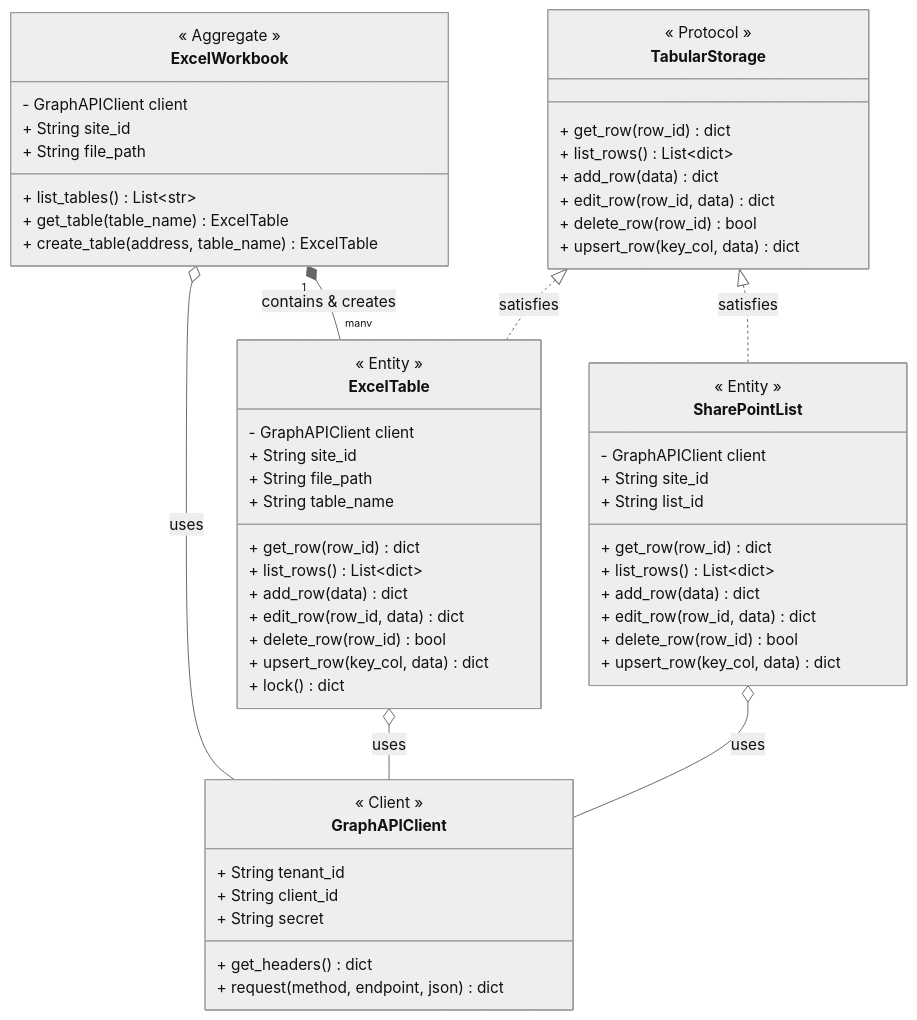
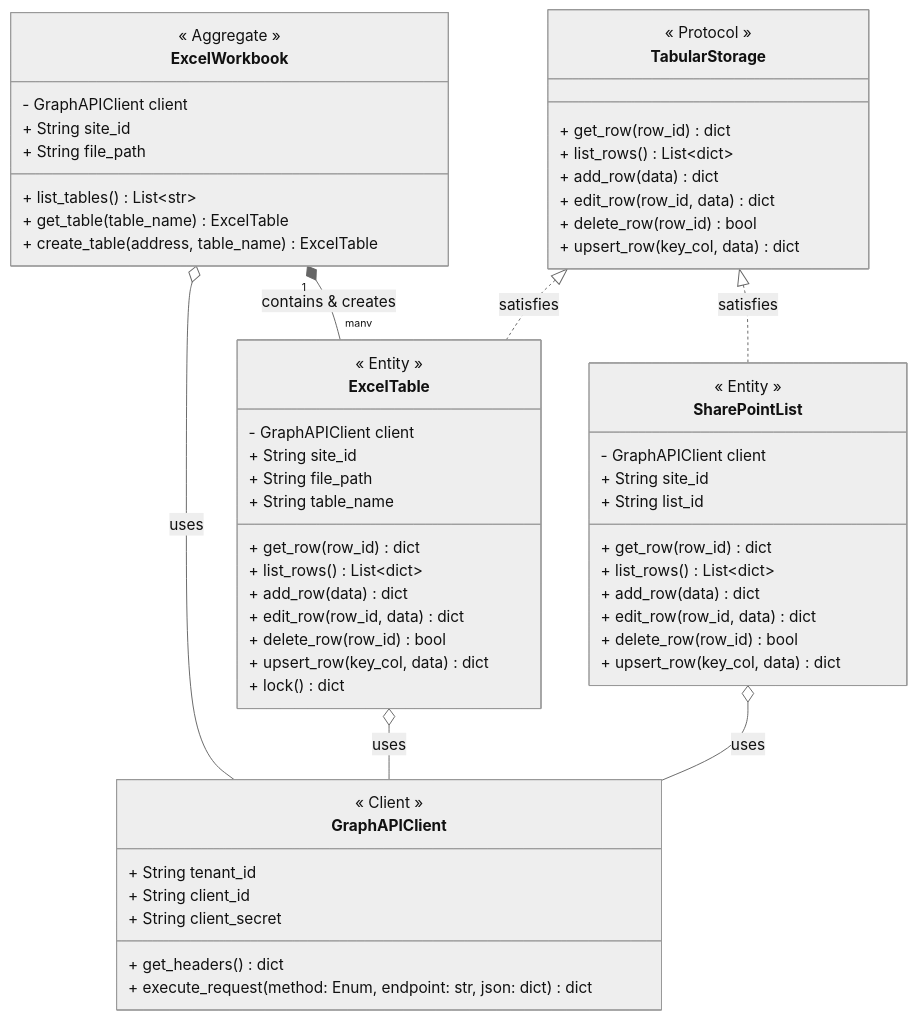
One commit to CityOfPhiladelphia/espy changed the diagram in diagrams/SharePointList.md. Above: the diagram before and after it, drawn with Mermaid (neutral theme). The commit also changed 14 other files, not shown here.

````diff
--- a/diagrams/SharePointList.md
+++ b/diagrams/SharePointList.md
@@ -5,71 +5,71 @@
 ```mermaid
 
 classDiagram
 
     class GraphAPIClient {
         << Client >>
         + String tenant_id
         + String client_id
-        + String secret
+        + String client_secret
         + get_headers() dict
-        + request(method, endpoint, json) dict
+        + execute_request(method: Enum, endpoint: str, json: dict) dict
     }
 
     class TabularStorage {
         << Protocol >>
         + get_row(row_id) dict
         + list_rows() List~dict~
         + add_row(data) dict
         + edit_row(row_id, data) dict
         + delete_row(row_id) bool
         + upsert_row(key_col, data) dict
     }
 
     class ExcelWorkbook {
         << Aggregate >>
         - GraphAPIClient client
         + String site_id
         + String file_path
         + list_tables() List~str~
         + get_table(table_name) ExcelTable
         + create_table(address, table_name) ExcelTable
     }
 
     class ExcelTable {
         << Entity >>
         - GraphAPIClient client
         + String site_id
         + String file_path
         + String table_name
         + get_row(row_id) dict
         + list_rows() List~dict~
         + add_row(data) dict
         + edit_row(row_id, data) dict
         + delete_row(row_id) bool
         + upsert_row(key_col, data) dict
         + lock() dict
     }
 
     class SharePointList {
         << Entity >>
         - GraphAPIClient client
         + String site_id
         + String list_id
         + get_row(row_id) dict
         + list_rows() List~dict~
         + add_row(data) dict
         + edit_row(row_id, data) dict
         + delete_row(row_id) bool
         + upsert_row(key_col, data) dict
     }
 
     %% TabularStorage implementations
     TabularStorage <|.. ExcelTable : satisfies
     TabularStorage <|.. SharePointList : satisfies
 
     %% Composition / Dependencies
     ExcelWorkbook o-- GraphAPIClient : uses
     ExcelWorkbook "1" *-- "many" ExcelTable : contains & creates
     ExcelTable o-- GraphAPIClient : uses
     SharePointList o-- GraphAPIClient : uses
 ```
````
